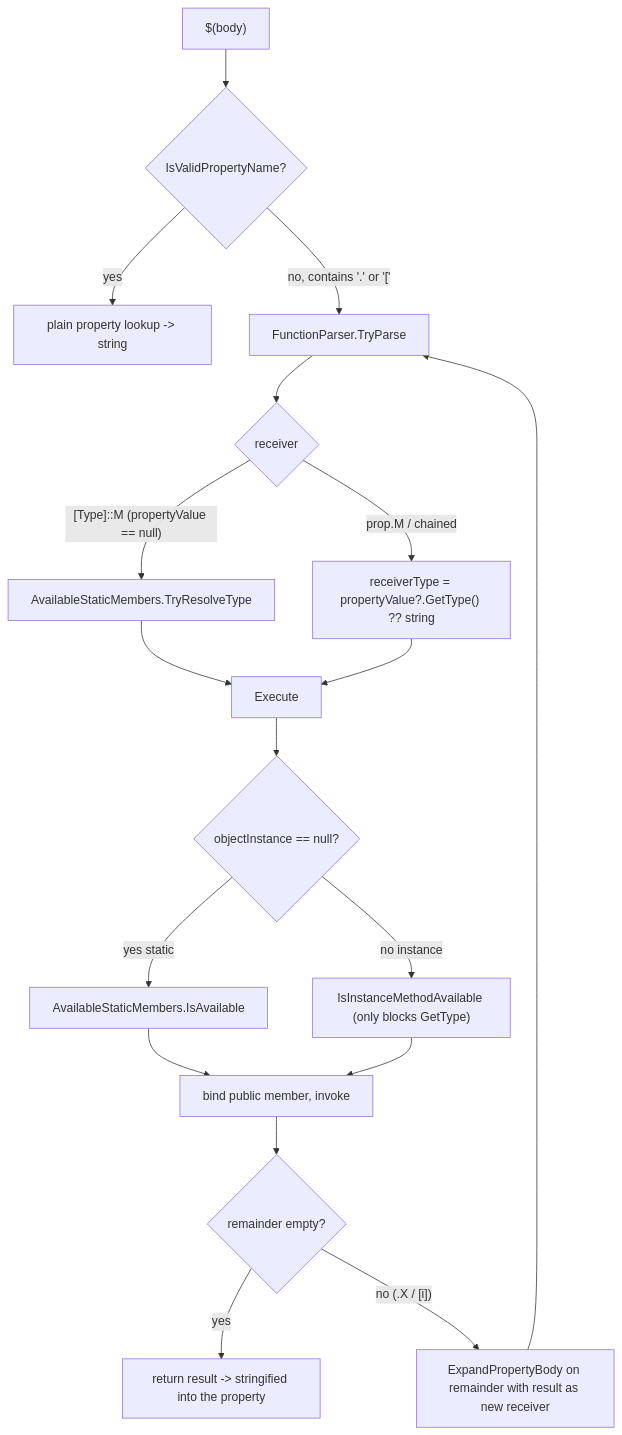
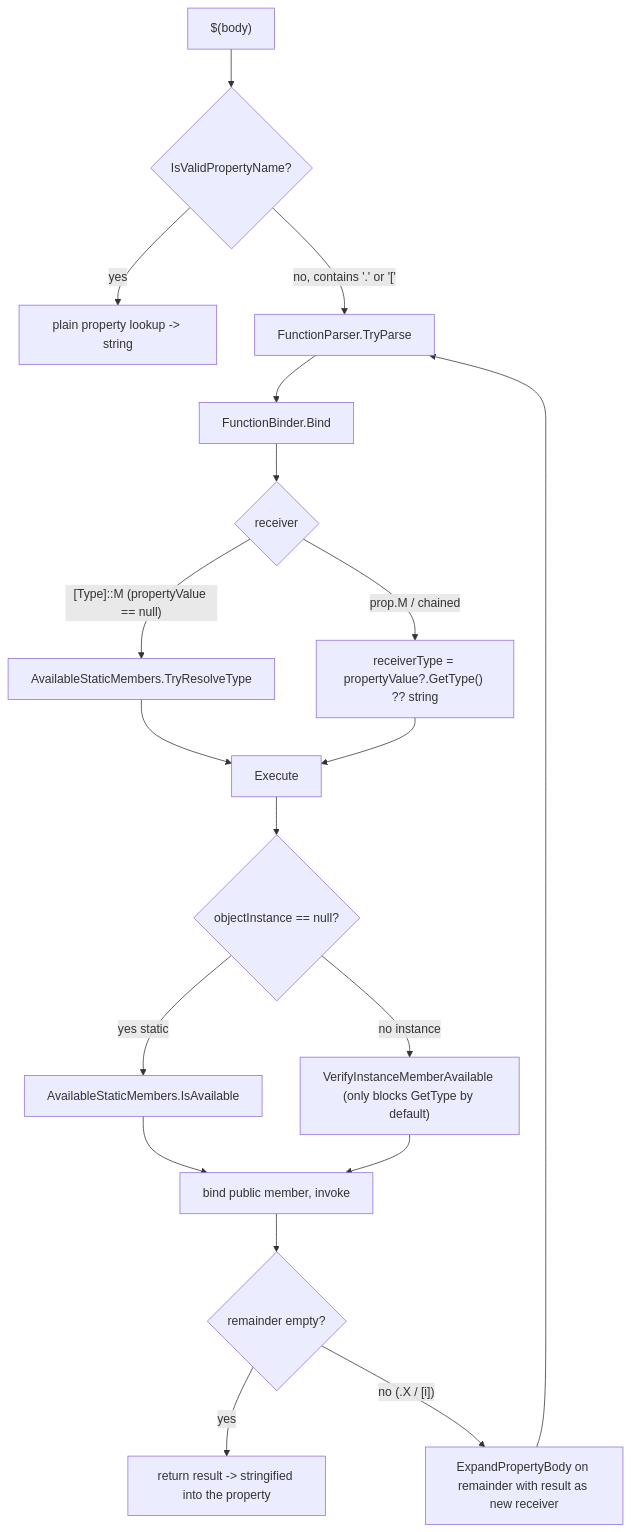
One commit to DustinCampbell/msbuild changed the diagram in documentation/aot/property-functions-reachability.md. Above: the diagram before and after it, drawn with Mermaid. The commit also changed other lines of this file and 10 other files, not shown here.

````diff
--- a/documentation/aot/property-functions-reachability.md
+++ b/documentation/aot/property-functions-reachability.md
@@ -72,20 +73,21 @@
 ```mermaid
 flowchart TD
     A["$(body)"] --> B{IsValidPropertyName?}
     B -->|yes| P[plain property lookup -> string]
     B -->|"no, contains '.' or '['"| C[FunctionParser.TryParse]
-    C --> D{receiver}
+    C --> BIND[FunctionBinder.Bind]
+    BIND --> D{receiver}
     D -->|"[Type]::M (propertyValue == null)"| E[AvailableStaticMembers.TryResolveType]
     D -->|"prop.M / chained"| F["receiverType = propertyValue?.GetType() ?? string"]
     E --> G[Execute]
     F --> G[Execute]
     G --> H{objectInstance == null?}
     H -->|yes static| I[AvailableStaticMembers.IsAvailable]
-    H -->|no instance| J["IsInstanceMethodAvailable (only blocks GetType)"]
+    H -->|no instance| J["VerifyInstanceMemberAvailable (only blocks GetType by default)"]
     I --> K[bind public member, invoke]
     J --> K
     K --> L{remainder empty?}
     L -->|yes| M[return result -> stringified into the property]
     L -->|"no (.X / [i])"| C2[ExpandPropertyBody on remainder with result as new receiver]
     C2 --> C
 ```
````
